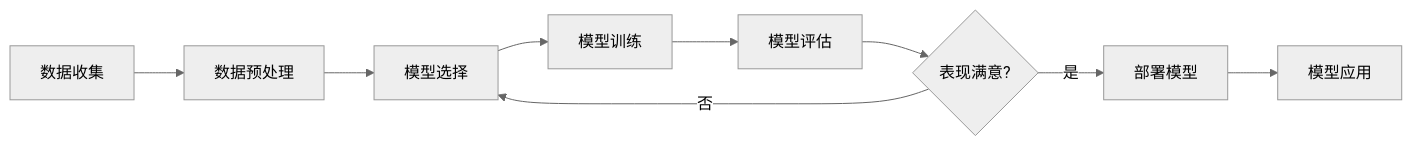
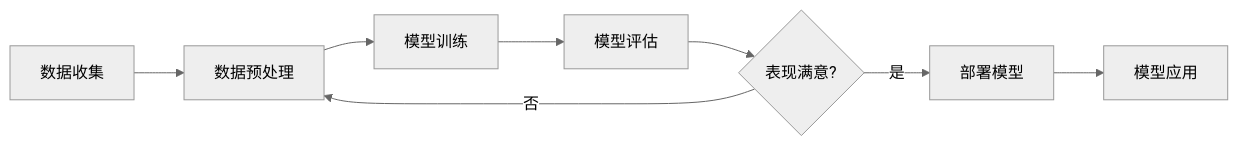
Before and after one commit to arqady01/machine-learning: the diagram in README.md, drawn with Mermaid (neutral theme). The commit also changed other lines of this file, not shown here.

````diff
--- a/README.md
+++ b/README.md
@@ -32,8 +20,8 @@
 ```mermaid
 graph LR
-    A[数据收集] --> B[数据预处理] --> C[模型选择] --> D[模型训练] --> E[模型评估]
-    E --> F{表现满意?}
-    F -->|是| G[部署模型]
-    F -->|否| C
-    G --> H[模型应用]
+    A[数据收集] --> B[数据预处理] --> C[模型训练] --> D[模型评估]
+    D --> E{表现满意?}
+    E -->|是| F[部署模型]
+    E -->|否| B
+    F --> G[模型应用]
 ```
````
